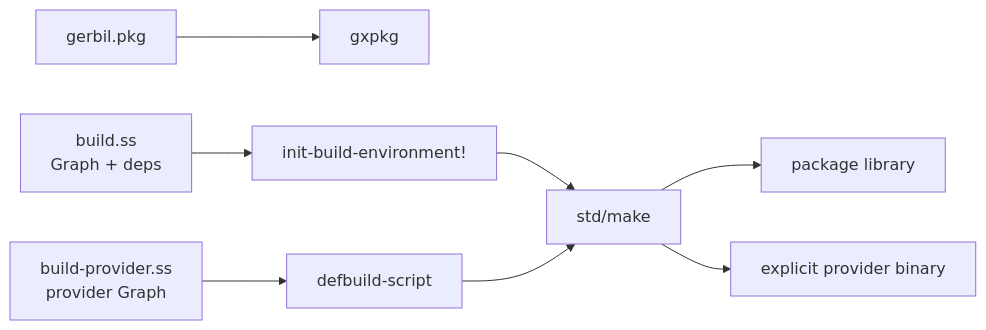
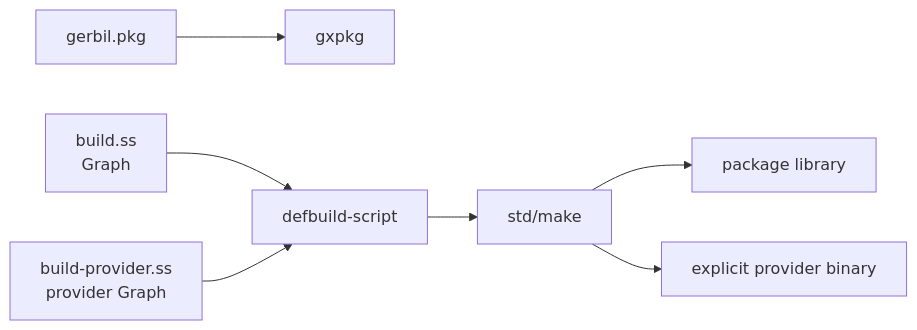
The diagram in docs/30-39-building/31.07-native-gerbil-declarative-boundary.org (tao3k/asp-gerbil-scheme), drawn with Mermaid before and after one commit. The commit also changed other lines of this file and 49 other files, not shown here.

Commit message:
refactor(build): retire clan building ownership

```diff
--- a/docs/30-39-building/31.07-native-gerbil-declarative-boundary.org
+++ b/docs/30-39-building/31.07-native-gerbil-declarative-boundary.org
@@ -24,12 +24,11 @@
 #+begin_src mermaid
 flowchart LR
   Manifest["gerbil.pkg"] --> Gxpkg["gxpkg"]
   Root["build.ss
-Graph + deps"] --> Clan["init-build-environment!"]
+Graph"] --> Script
   Provider["build-provider.ss
 provider Graph"] --> Script["defbuild-script"]
-  Clan --> Make["std/make"]
-  Script --> Make
+  Script --> Make["std/make"]
   Make --> Library["package library"]
   Make --> Binary["explicit provider binary"]
 #+end_src
```
